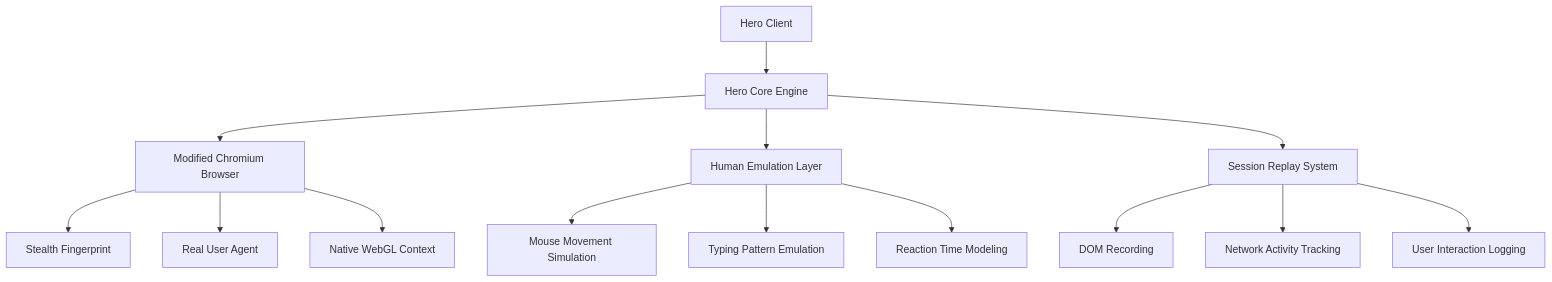
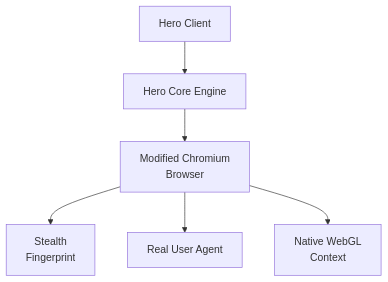
The first of 5 diagrams in _posts/2025-05-03-ulixee-hero-deep-dive-human-like-browser-automation.md (bytetunnels/bytetunnels.github.com), drawn with Mermaid before and after one commit. The commit also changed other lines of this file and 118 other files, not shown here.

Commit message:
feat: improve diagram styling and compact wide flowcharts

````diff
--- a/_posts/2025-05-03-ulixee-hero-deep-dive-human-like-browser-automation.md
+++ b/_posts/2025-05-03-ulixee-hero-deep-dive-human-like-browser-automation.md
@@ -21,19 +21,9 @@
 ```mermaid
 graph TD
     A[Hero Client] --> B[Hero Core Engine]
-    B --> C[Modified Chromium Browser]
-    B --> D[Human Emulation Layer]
-    B --> E[Session Replay System]
-    
-    D --> F[Mouse Movement Simulation]
-    D --> G[Typing Pattern Emulation]
-    D --> H[Reaction Time Modeling]
-    
-    E --> I[DOM Recording]
-    E --> J[Network Activity Tracking]
-    E --> K[User Interaction Logging]
-    
-    C --> L[Stealth Fingerprint]
+    B --> C["Modified Chromium<br/>Browser"]
+
+    C --> L["Stealth<br/>Fingerprint"]
     C --> M[Real User Agent]
-    C --> N[Native WebGL Context]
+    C --> N["Native WebGL<br/>Context"]
 ```
````
